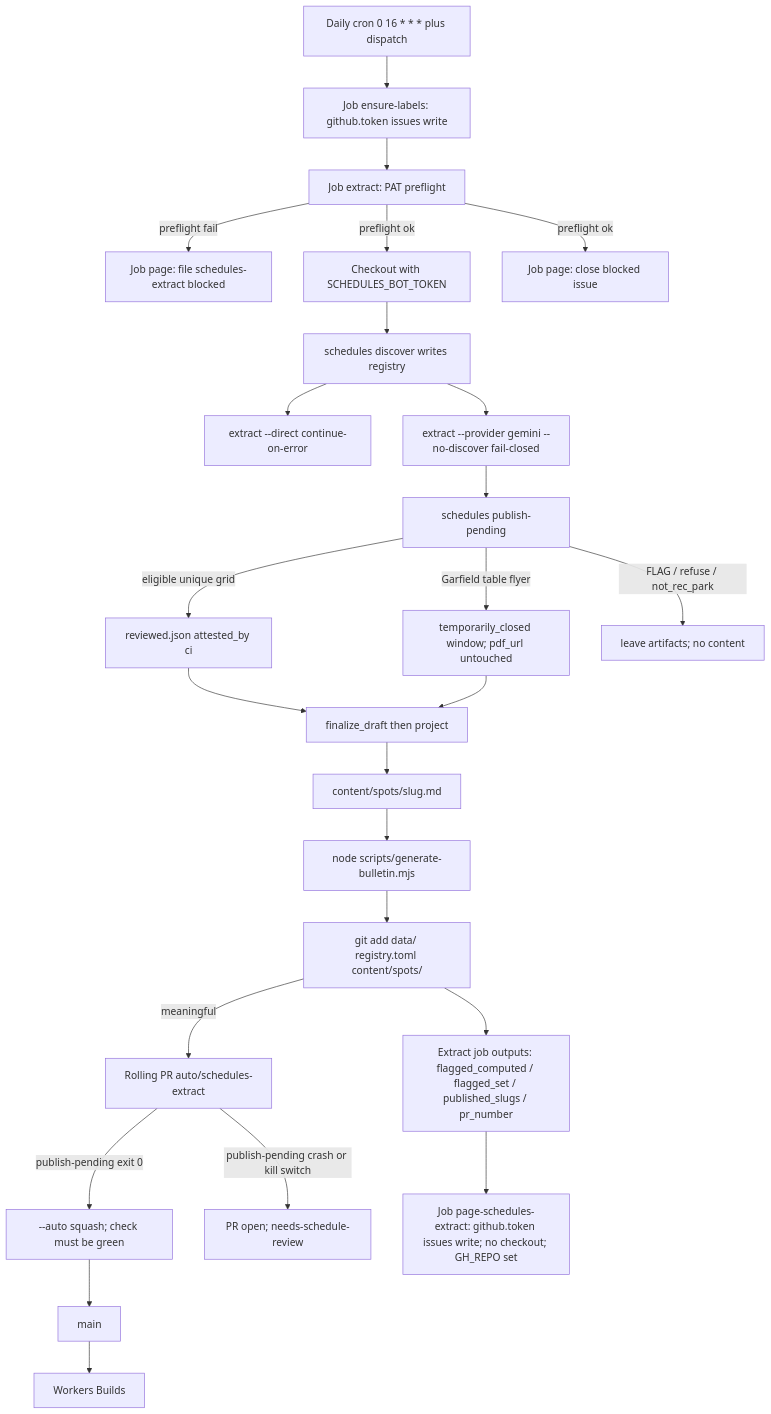
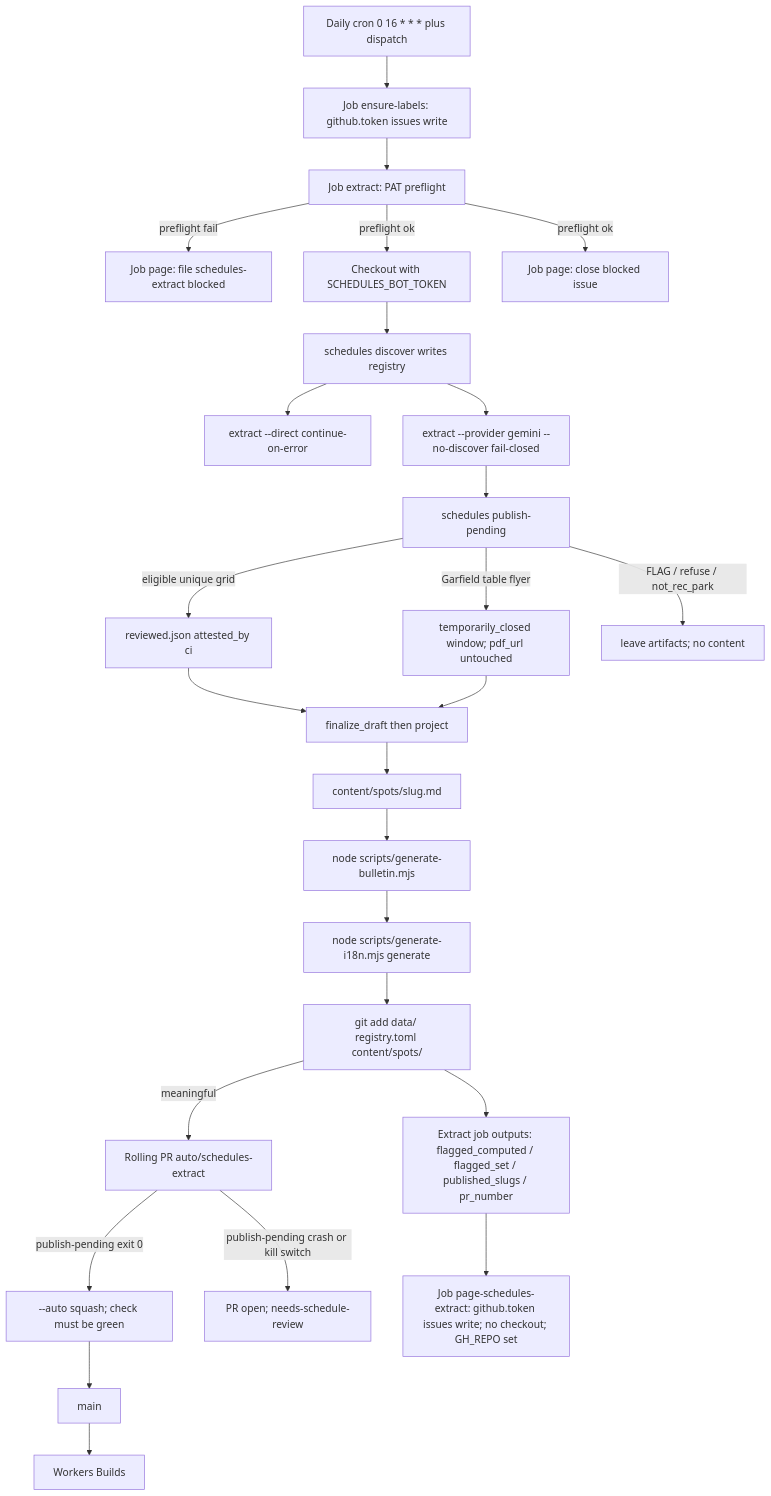
One commit to cbzehner/swimfrancisco changed the first of 2 diagrams in docs/specs/2026-08-20-schedule-auto-publish.md. Above: the diagram before and after it, drawn with Mermaid. The commit also changed other lines of this file and 30 other files, not shown here.

````diff
--- a/docs/specs/2026-08-20-schedule-auto-publish.md
+++ b/docs/specs/2026-08-20-schedule-auto-publish.md
@@ -185,28 +185,29 @@
 ```mermaid
 flowchart TD
   cron["Daily cron 0 16 * * * plus dispatch"] --> labels["Job ensure-labels: github.token issues write"]
   labels --> preflight["Job extract: PAT preflight"]
   preflight -->|preflight fail| pageFail["Job page: file schedules-extract blocked"]
   preflight -->|preflight ok| checkout["Checkout with SCHEDULES_BOT_TOKEN"]
   checkout --> discoverCli["schedules discover writes registry"]
   discoverCli --> direct["extract --direct continue-on-error"]
   discoverCli --> gemini["extract --provider gemini --no-discover fail-closed"]
   gemini --> publish["schedules publish-pending"]
   publish -->|eligible unique grid| envelope["reviewed.json attested_by ci"]
   publish -->|Garfield table flyer| closure["temporarily_closed window; pdf_url untouched"]
   publish -->|FLAG / refuse / not_rec_park| skip["leave artifacts; no content"]
   envelope --> project["finalize_draft then project"]
   closure --> project
   project --> spots["content/spots/slug.md"]
   spots --> bulletin["node scripts/generate-bulletin.mjs"]
-  bulletin --> detect["git add data/ registry.toml content/spots/"]
+  bulletin --> i18n["node scripts/generate-i18n.mjs generate"]
+  i18n --> detect["git add data/ registry.toml content/spots/"]
   detect -->|meaningful| pr["Rolling PR auto/schedules-extract"]
   pr -->|publish-pending exit 0| automerge["--auto squash; check must be green"]
   pr -->|publish-pending crash or kill switch| openPr["PR open; needs-schedule-review"]
   automerge --> main["main"]
   main --> deploy["Workers Builds"]
   extractJob["Extract job outputs: flagged_computed / flagged_set / published_slugs / pr_number"]
   detect --> extractJob
   extractJob --> pageStatus["Job page-schedules-extract: github.token issues write; no checkout; GH_REPO set"]
   preflight -->|preflight ok| pageClose["Job page: close blocked issue"]
 ```
````
